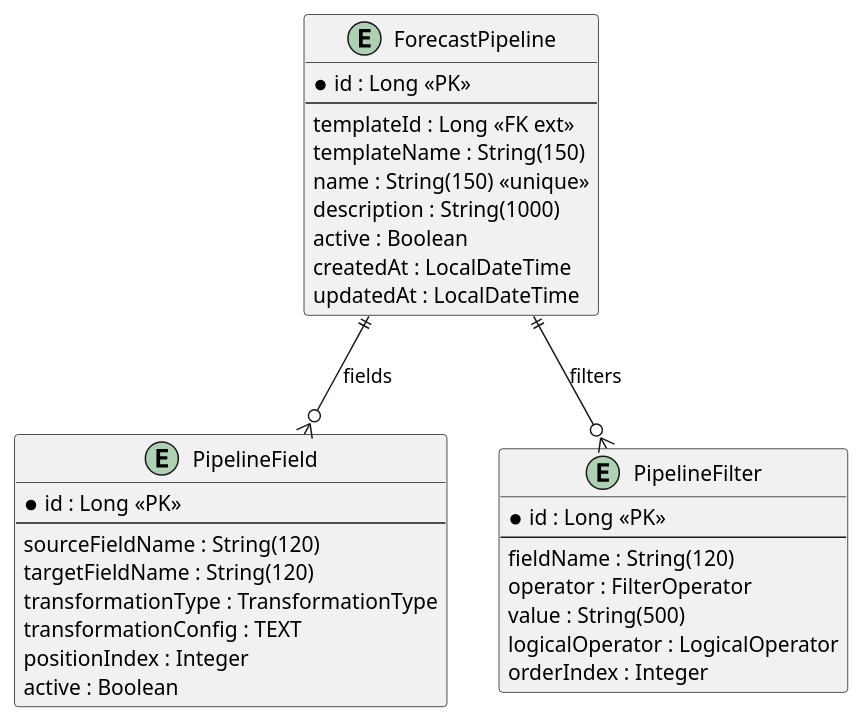
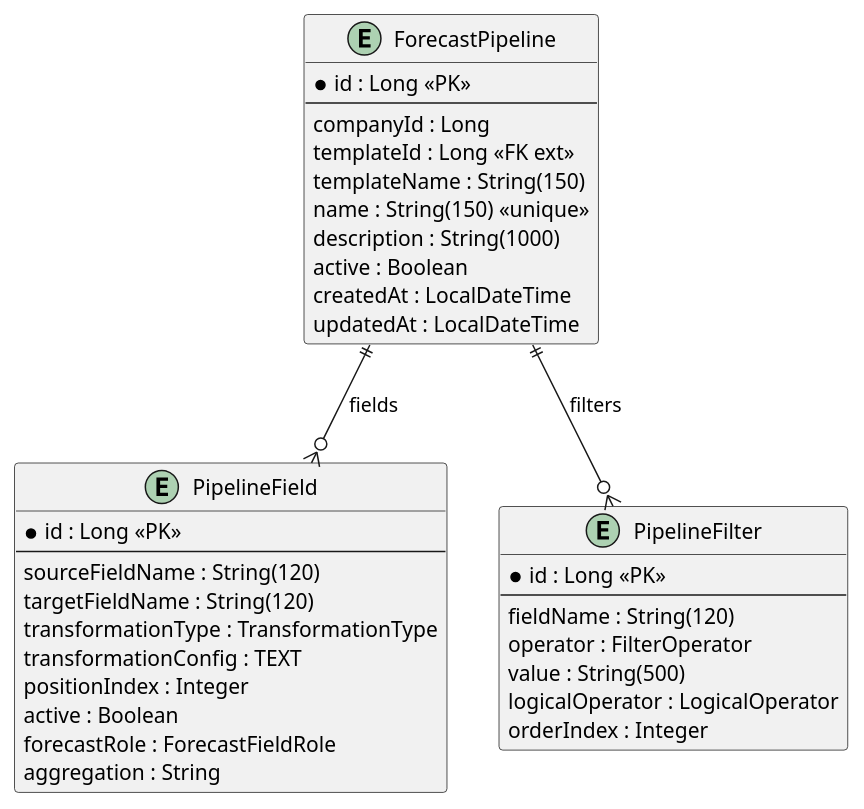
Before and after one commit to paulo-uab/salesPrevision: the third of 17 diagrams in docs/technical-documentation.md, drawn with PlantUML. The commit also changed other lines of this file and 48 other files, not shown here.

````diff
--- a/docs/technical-documentation.md
+++ b/docs/technical-documentation.md
@@ -447,39 +542,42 @@
 ```plantuml
 @startuml pipeline-erd
 entity "ForecastPipeline" as P {
   * id : Long <<PK>>
   --
+  companyId : Long
   templateId : Long <<FK ext>>
   templateName : String(150)
   name : String(150) <<unique>>
   description : String(1000)
   active : Boolean
   createdAt : LocalDateTime
   updatedAt : LocalDateTime
 }
 
 entity "PipelineField" as PF {
   * id : Long <<PK>>
   --
   sourceFieldName : String(120)
   targetFieldName : String(120)
   transformationType : TransformationType
   transformationConfig : TEXT
   positionIndex : Integer
   active : Boolean
+  forecastRole : ForecastFieldRole
+  aggregation : String
 }
 
 entity "PipelineFilter" as PFI {
   * id : Long <<PK>>
   --
   fieldName : String(120)
   operator : FilterOperator
   value : String(500)
   logicalOperator : LogicalOperator
   orderIndex : Integer
 }
 
 P ||--o{ PF : "fields"
 P ||--o{ PFI : "filters"
 @enduml
 ```
````
